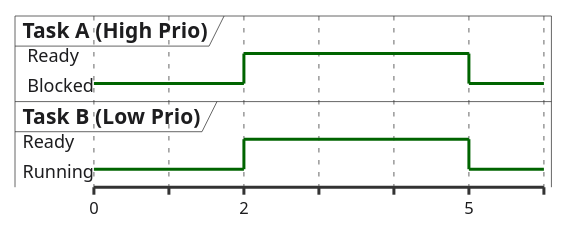
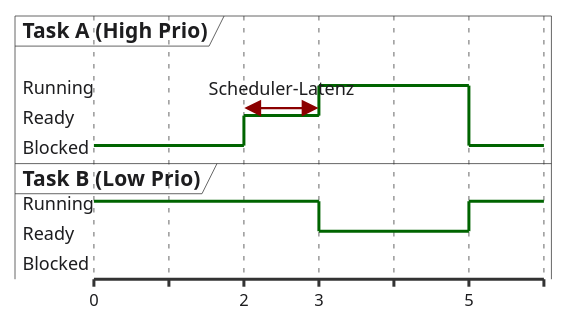
Before and after one commit to dantschi/echtzeitsysteme: the ninth of 14 diagrams in vorlesungen/01_was-ist-echtzeit.qmd, drawn with PlantUML. The commit also changed other lines of this file and 1 other file, not shown here.

````diff
--- a/vorlesungen/01_was-ist-echtzeit.qmd
+++ b/vorlesungen/01_was-ist-echtzeit.qmd
@@ -487,32 +768,38 @@
 ```{.plantuml}
 @startuml
 skinparam backgroundColor transparent
 skinparam defaultFontName "Inter, sans-serif"
 skinparam defaultFontColor #1D1D1F
 skinparam ArrowColor #86868B
 skinparam NoteBackgroundColor #F5F5F7
 skinparam NoteBorderColor #E5E5EA
 skinparam timing {
   BackgroundColor #FFFFFF
   BorderColor #E5E5EA
   LineColor #1D1D1F
   SignalColor #E2001A
 }
 
 robust "Task A (High Prio)" as TA
+TA has Running,Ready,Blocked
 robust "Task B (Low Prio)" as TB
+TB has Running,Ready,Blocked
 
 @0
 TA is Blocked
 TB is Running
 
 @2
 TA is Ready
+
+@3
 TA is Running
 TB is Ready
 
 @5
 TA is Blocked
 TB is Running
+
+TA@2 <-> @3 : Scheduler-Latenz
 @enduml
 ```
````
